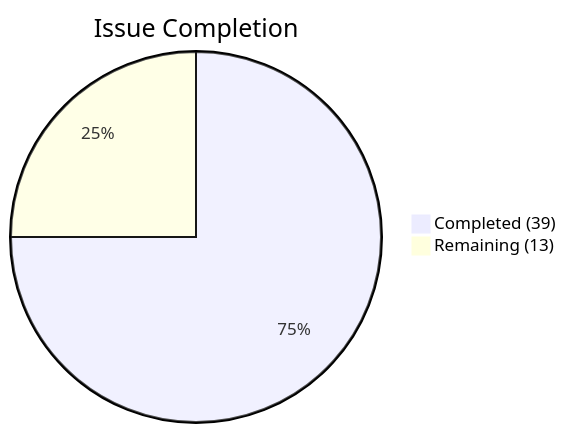
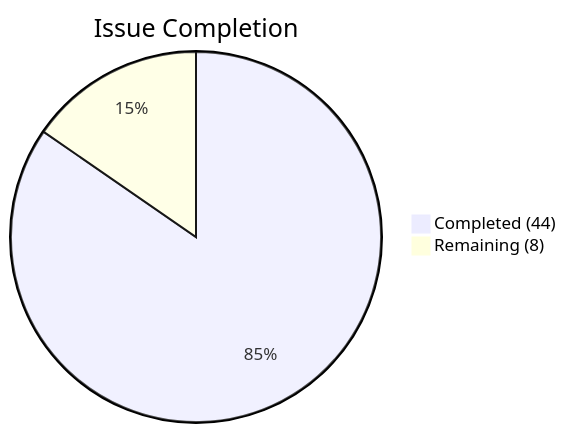
One commit to artemsemdev/CareBridge changed the first of 2 diagrams in docs/delivery/README.md. Above: the diagram before and after it, drawn with Mermaid. The commit also changed other lines of this file and 18 other files, not shown here.

````diff
--- a/docs/delivery/README.md
+++ b/docs/delivery/README.md
@@ -26,5 +26,5 @@
 ```mermaid
 pie title Issue Completion
-    "Completed (39)" : 39
-    "Remaining (13)" : 13
+    "Completed (44)" : 44
+    "Remaining (8)" : 8
 ```
````
